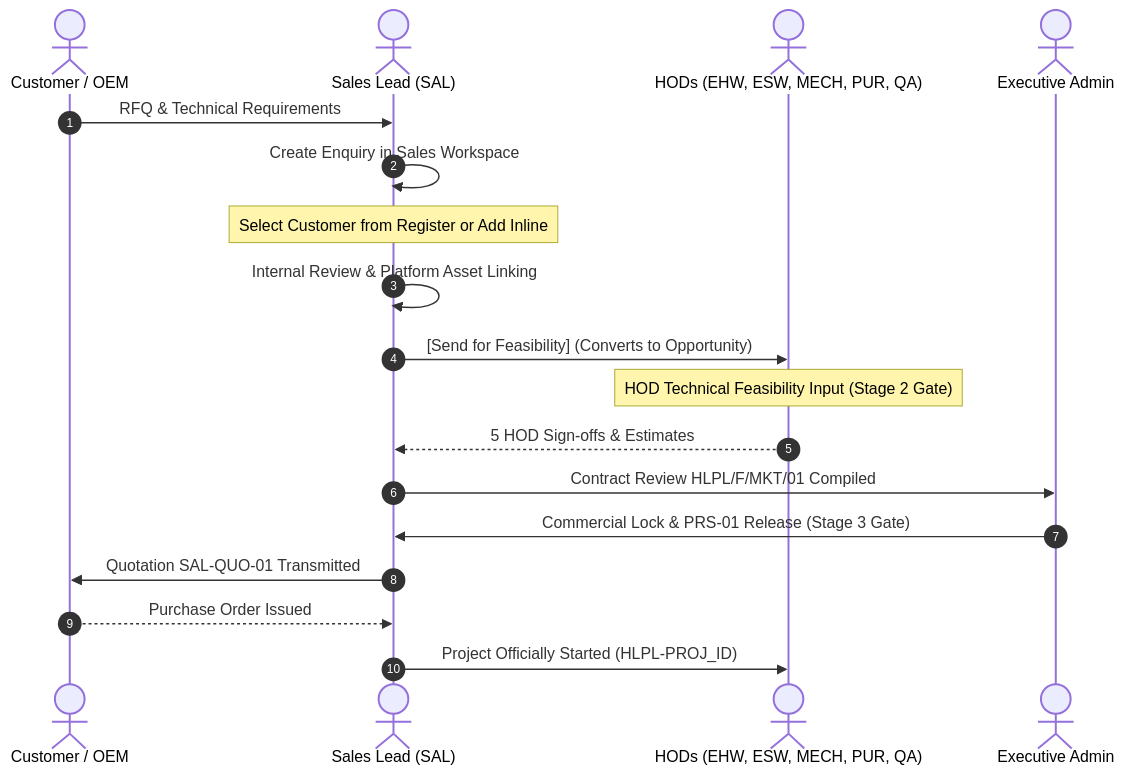
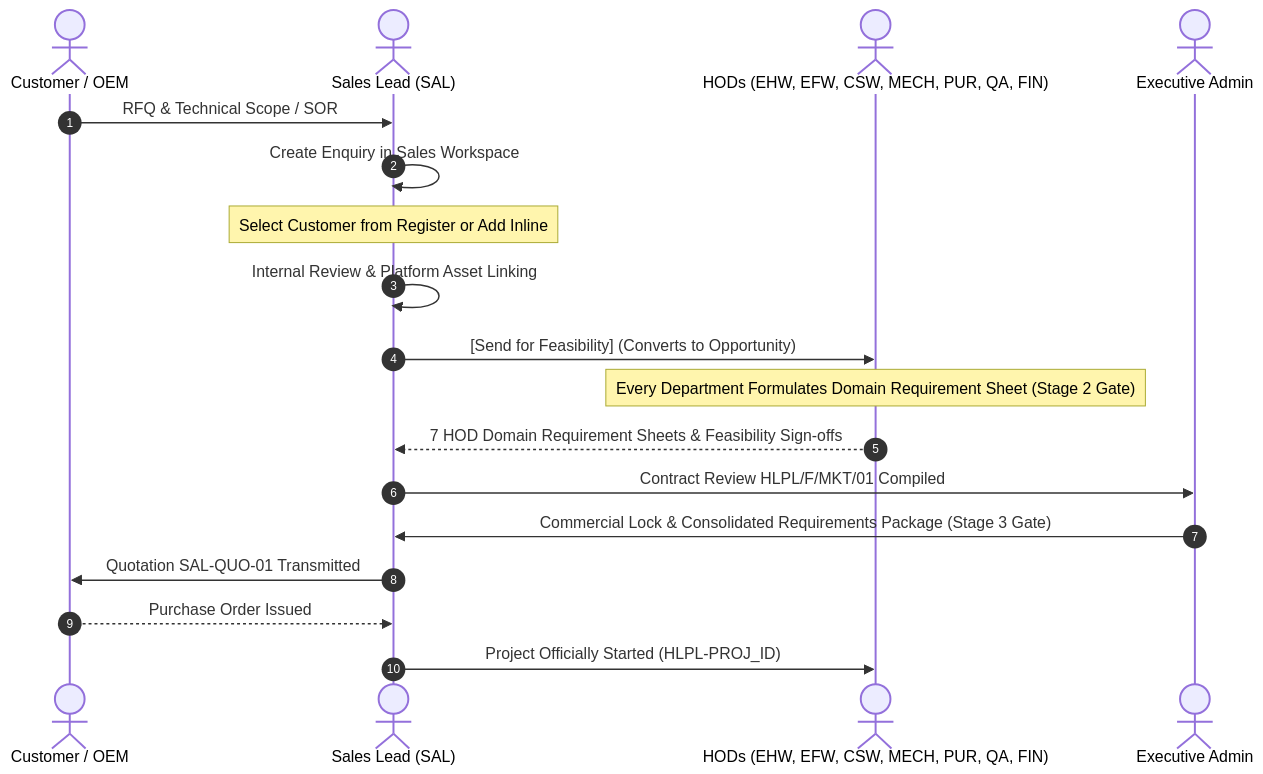
The third of 4 diagrams in SSM_ONE_WEB_PORTAL_MASTER_PLAN.md (narendok/seven-seas-portal), drawn with Mermaid before and after one commit. The commit also changed other lines of this file and 9 other files, not shown here.

Commit message:
feat(architecture): 12 departments separating EFW and CSW, and universal feasibility requirement sheet discipline (Process 01)

````diff
--- a/SSM_ONE_WEB_PORTAL_MASTER_PLAN.md
+++ b/SSM_ONE_WEB_PORTAL_MASTER_PLAN.md
@@ -230,21 +240,21 @@
 ```mermaid
 sequenceDiagram
     autonumber
     actor Customer as Customer / OEM
     actor Sales as Sales Lead (SAL)
-    actor Engineering as HODs (EHW, ESW, MECH, PUR, QA)
+    actor Engineering as HODs (EHW, EFW, CSW, MECH, PUR, QA, FIN)
     actor Admin as Executive Admin
 
-    Customer->>Sales: RFQ & Technical Requirements
+    Customer->>Sales: RFQ & Technical Scope / SOR
     Sales->>Sales: Create Enquiry in Sales Workspace
     Note over Sales: Select Customer from Register or Add Inline
     Sales->>Sales: Internal Review & Platform Asset Linking
     Sales->>Engineering: [Send for Feasibility] (Converts to Opportunity)
-    Note over Engineering: HOD Technical Feasibility Input (Stage 2 Gate)
-    Engineering-->>Sales: 5 HOD Sign-offs & Estimates
+    Note over Engineering: Every Department Formulates Domain Requirement Sheet (Stage 2 Gate)
+    Engineering-->>Sales: 7 HOD Domain Requirement Sheets & Feasibility Sign-offs
     Sales->>Admin: Contract Review HLPL/F/MKT/01 Compiled
-    Admin->>Sales: Commercial Lock & PRS-01 Release (Stage 3 Gate)
+    Admin->>Sales: Commercial Lock & Consolidated Requirements Package (Stage 3 Gate)
     Sales->>Customer: Quotation SAL-QUO-01 Transmitted
     Customer-->>Sales: Purchase Order Issued
     Sales->>Engineering: Project Officially Started (HLPL-PROJ_ID)
 ```
````
